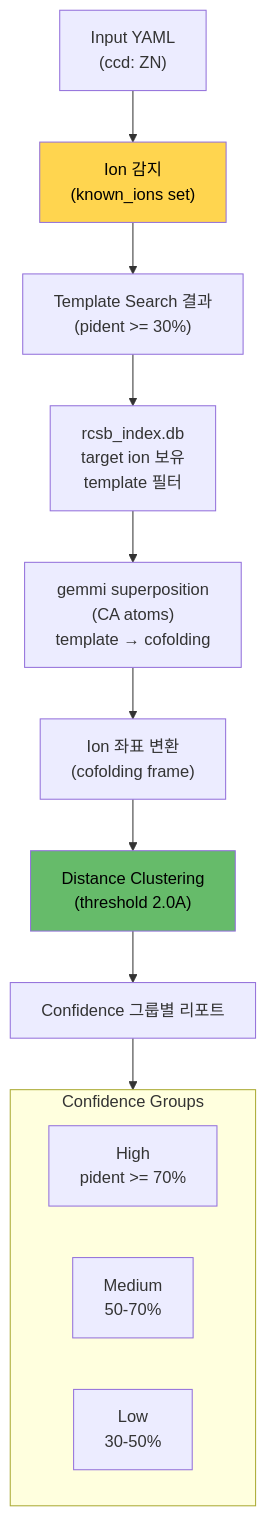
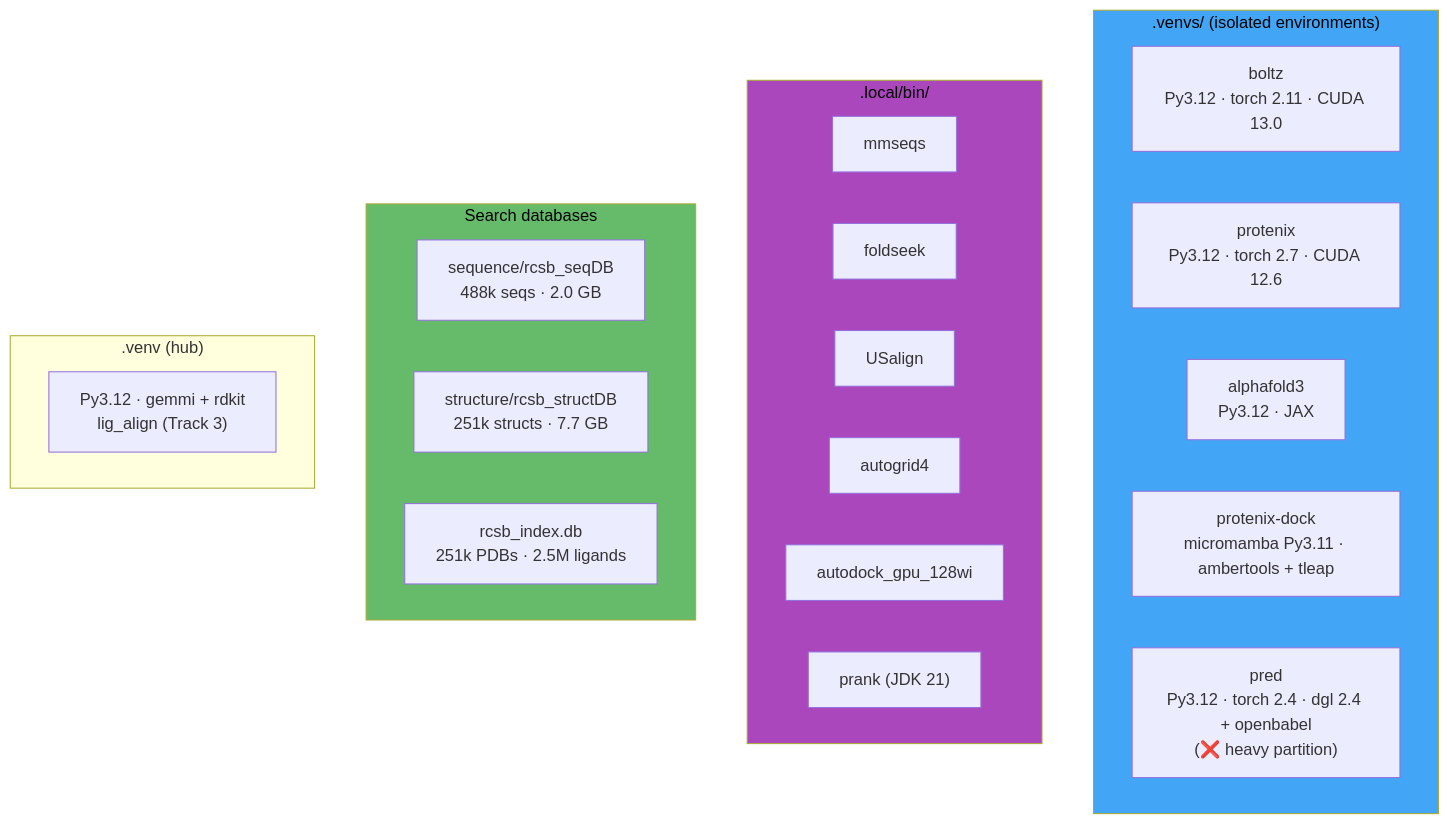
Before and after one commit to eightmm/mosaic-pl: the third of 4 diagrams in docs/pipeline.md, drawn with Mermaid. The commit also changed other lines of this file, not shown here.

````diff
--- a/docs/pipeline.md
+++ b/docs/pipeline.md
@@ -592,22 +475,33 @@
 ```mermaid
-flowchart TB
-    INPUT["Input YAML\n(ccd: ZN)"] --> DETECT["Ion 감지\n(known_ions set)"]
-    DETECT --> SEARCH["Template Search 결과\n(pident >= 30%)"]
-    SEARCH --> FILTER["rcsb_index.db\ntarget ion 보유\ntemplate 필터"]
-    FILTER --> ALIGN["gemmi superposition\n(CA atoms)\ntemplate → cofolding"]
-    ALIGN --> TRANSFORM["Ion 좌표 변환\n(cofolding frame)"]
-    TRANSFORM --> CLUSTER["Distance Clustering\n(threshold 2.0A)"]
-    CLUSTER --> REPORT["Confidence 그룹별 리포트"]
-
-    subgraph CONFIDENCE["Confidence Groups"]
-        direction LR
-        H["High\npident >= 70%"]
-        M["Medium\n50-70%"]
-        L["Low\n30-50%"]
+graph TB
+    subgraph VENVS[".venvs/ (isolated environments)"]
+        BOLTZ["boltz\nPy3.12 · torch 2.11 · CUDA 13.0"]
+        PROTENIX["protenix\nPy3.12 · torch 2.7 · CUDA 12.6"]
+        AF3["alphafold3\nPy3.12 · JAX"]
+        PXDOCK["protenix-dock\nmicromamba Py3.11 · ambertools + tleap"]
+        PRED["pred\nPy3.12 · torch 2.4 · dgl 2.4 + openbabel\n(❌ heavy partition)"]
     end
 
-    REPORT --> CONFIDENCE
+    subgraph BINS[".local/bin/"]
+        MMSEQS["mmseqs"]
+        FOLDSEEK["foldseek"]
+        USALIGN["USalign"]
+        AGRID["autogrid4"]
+        ADG["autodock_gpu_128wi"]
+        PRANK["prank (JDK 21)"]
+    end
 
-    style DETECT fill:#ffd54f,color:#000
-    style CLUSTER fill:#66bb6a,color:#000
+    subgraph DBS["Search databases"]
+        SEQDB["sequence/rcsb_seqDB\n488k seqs · 2.0 GB"]
+        STRUCTDB["structure/rcsb_structDB\n251k structs · 7.7 GB"]
+        RCSBDB["rcsb_index.db\n251k PDBs · 2.5M ligands"]
+    end
+
+    subgraph HUB[".venv (hub)"]
+        HUBPY["Py3.12 · gemmi + rdkit\nlig_align (Track 3)"]
+    end
+
+    style VENVS fill:#42a5f5,color:#000
+    style BINS fill:#ab47bc,color:#000
+    style DBS fill:#66bb6a,color:#000
 ```
````
